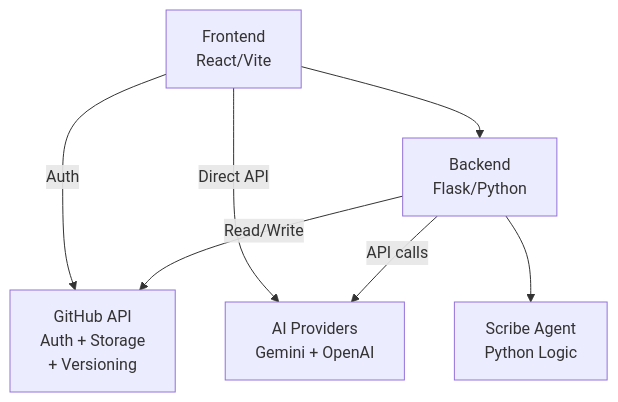
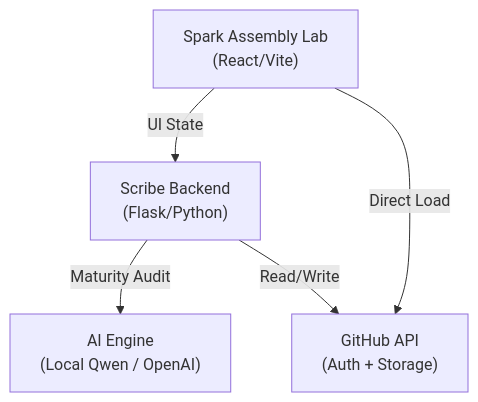
The diagram in README.md (rvishravars/thecommons), drawn with Mermaid before and after one commit. The commit also changed other lines of this file and 6 other files, not shown here.

````diff
--- a/README.md
+++ b/README.md
@@ -71,15 +65,12 @@
 ```mermaid
 graph TB
-    A["Frontend<br/>React/Vite"]
-    B["Backend<br/>Flask/Python"]
-    C["AI Providers<br/>Gemini + OpenAI"]
-    D["GitHub API<br/>Auth + Storage<br/>+ Versioning"]
-    E["Scribe Agent<br/>Python Logic"]
+    A["Spark Assembly Lab<br/>(React/Vite)"]
+    B["Scribe Backend<br/>(Flask/Python)"]
+    C["AI Engine<br/>(Local Qwen / OpenAI)"]
+    D["GitHub API<br/>(Auth + Storage)"]
     
-    A -->|Auth| D
-    A -->|Direct API| C
-    A --> B
-    B -->|API calls| C
+    A -->|UI State| B
+    B -->|Maturity Audit| C
     B -->|Read/Write| D
-    B --> E
+    A -->|Direct Load| D
 ```
````
